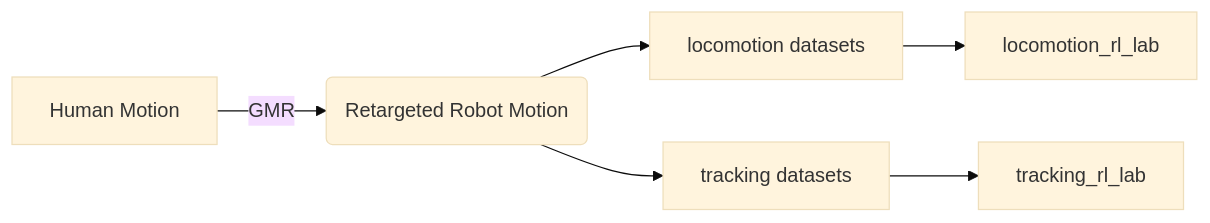
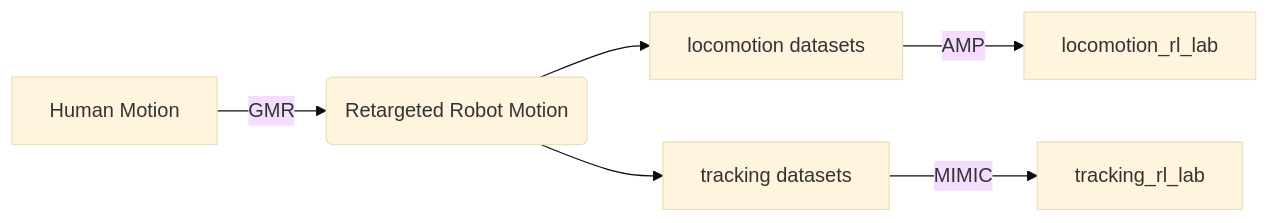
The first of 3 diagrams in profile/README.md (HiThink-Nexus-Humanoid/.github), drawn with Mermaid (base theme) before and after one commit. The commit also changed other lines of this file, not shown here.

First line of the commit message:
Enhance flowcharts with AMP and MIMIC labels

````diff
--- a/profile/README.md
+++ b/profile/README.md
@@ -14,8 +14,8 @@
 ```mermaid
 flowchart LR
     A[Human Motion] -->|GMR| B(Retargeted Robot Motion)
     B --> C[locomotion datasets]
     B --> D[tracking datasets]
-    C --> locomotion_rl_lab
-    D --> tracking_rl_lab
+    C -->|AMP| locomotion_rl_lab
+    D -->|MIMIC| tracking_rl_lab
 ```
````
